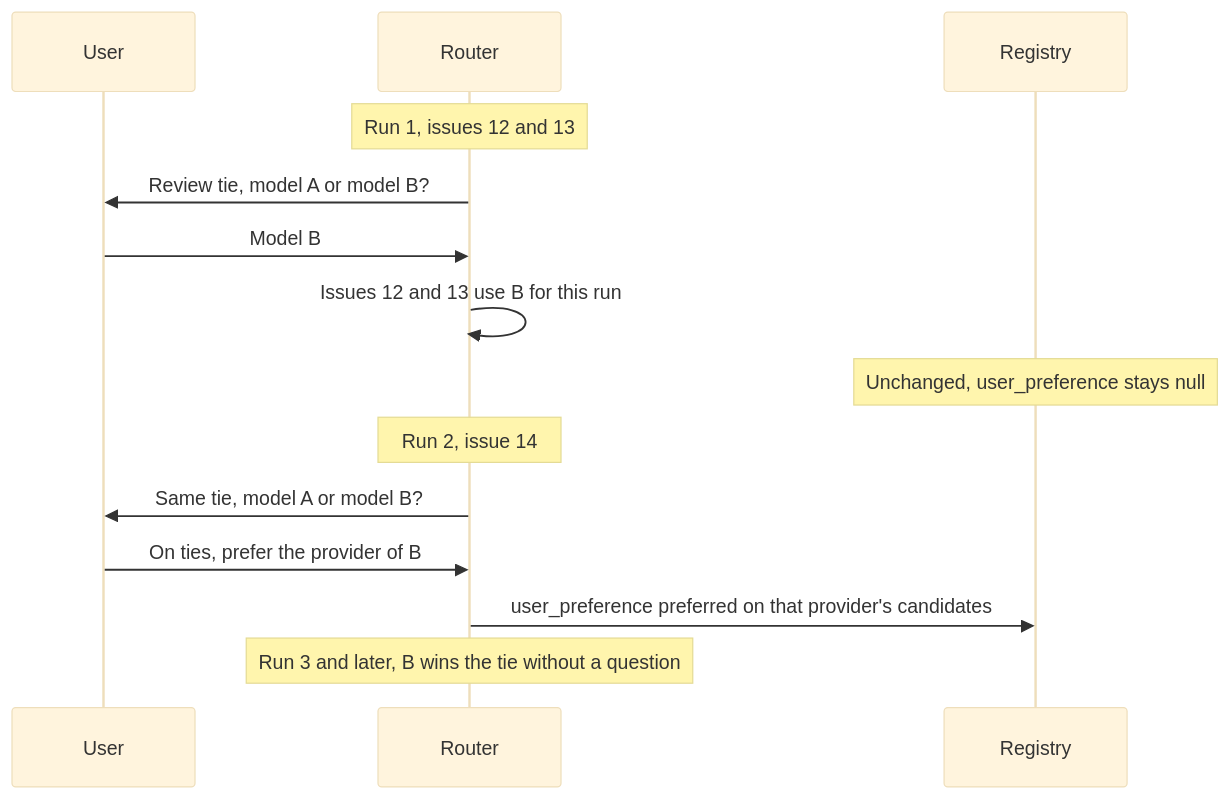
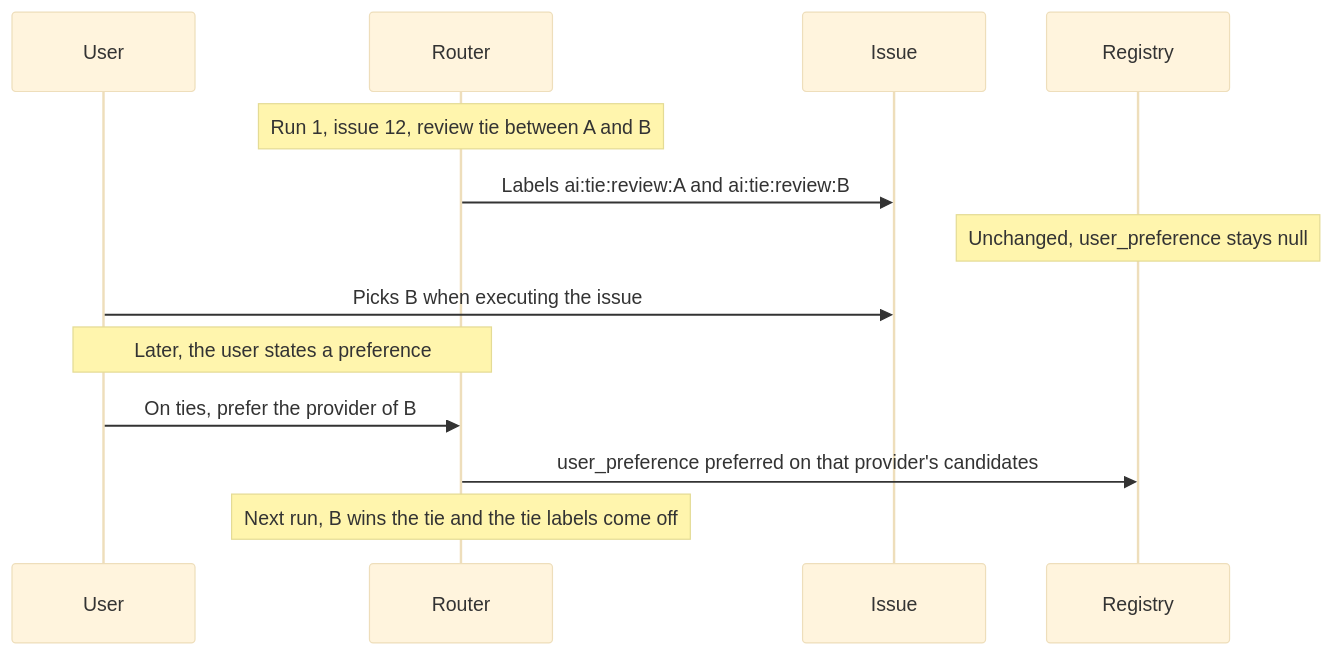
Before and after one commit to VictorMarri/ai-execution-router: the sixth of 7 diagrams in README.md, drawn with Mermaid (base theme). The commit also changed other lines of this file and 3 other files, not shown here.

````diff
--- a/README.md
+++ b/README.md
@@ -378,16 +379,15 @@
 ```mermaid
 sequenceDiagram
     participant U as User
     participant R as Router
+    participant I as Issue
     participant G as Registry
-    Note over R: Run 1, issues 12 and 13
-    R->>U: Review tie, model A or model B?
-    U->>R: Model B
-    R->>R: Issues 12 and 13 use B for this run
+    Note over R: Run 1, issue 12, review tie between A and B
+    R->>I: Labels ai:tie:review:A and ai:tie:review:B
     Note over G: Unchanged, user_preference stays null
-    Note over R: Run 2, issue 14
-    R->>U: Same tie, model A or model B?
+    U->>I: Picks B when executing the issue
+    Note over U,R: Later, the user states a preference
     U->>R: On ties, prefer the provider of B
     R->>G: user_preference preferred on that provider's candidates
-    Note over R: Run 3 and later, B wins the tie without a question
+    Note over R: Next run, B wins the tie and the tie labels come off
 ```
````
